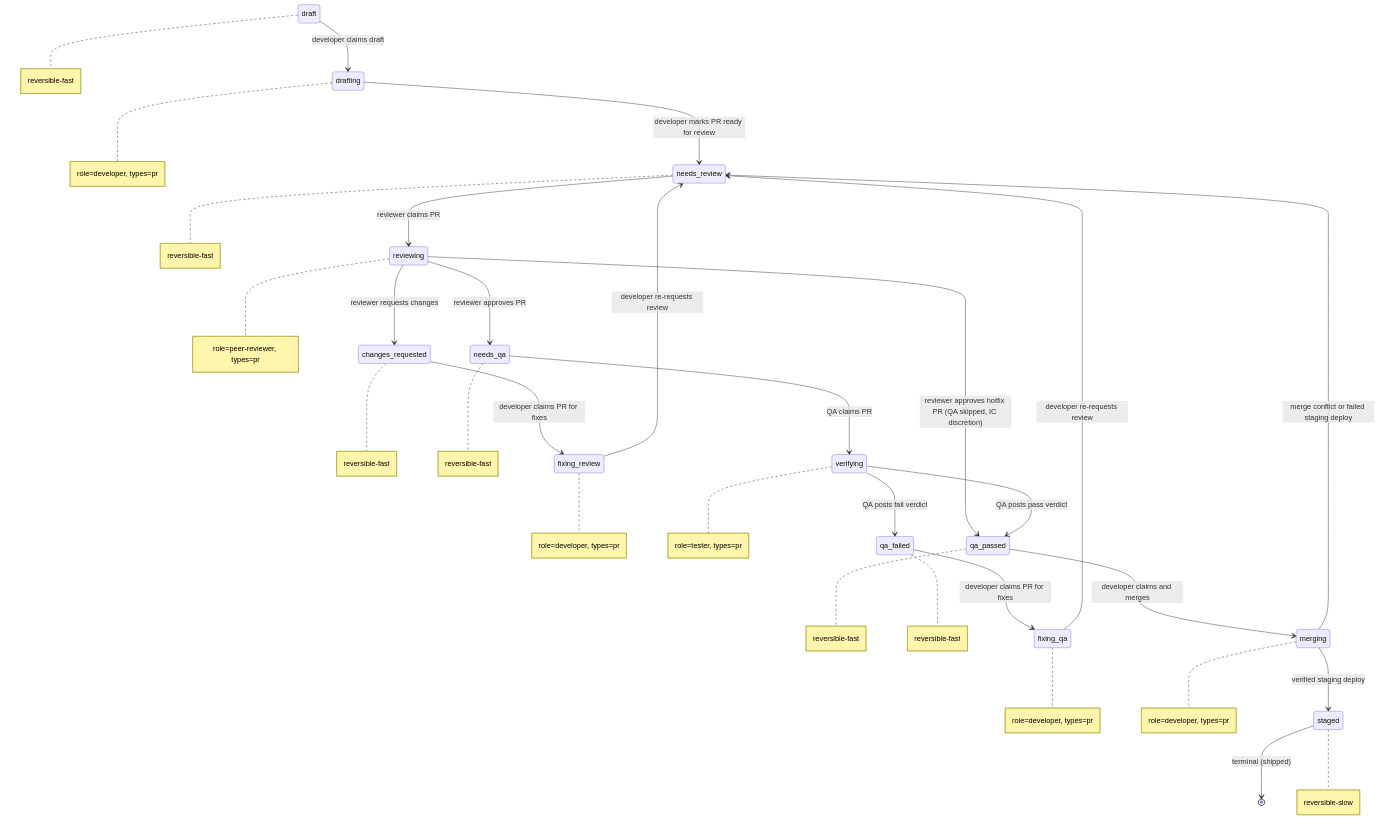
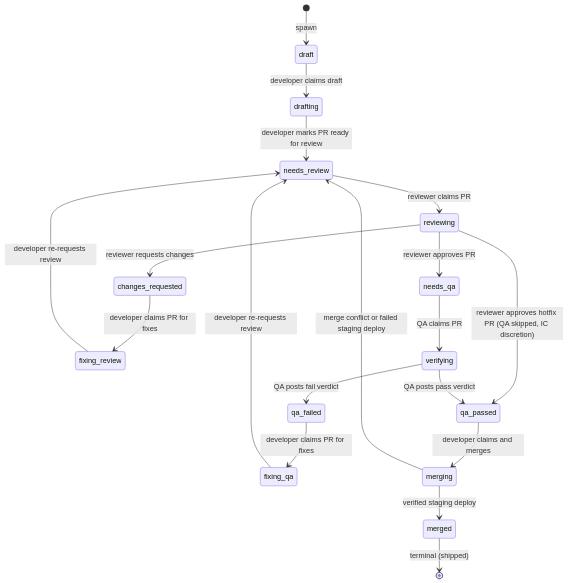
The diagram in examples/workflows/pr-states.mermaid (blemees/blemees-workflow), drawn with Mermaid before and after one commit. The commit also changed 51 other files, not shown here.

```diff
--- a/examples/workflows/pr-states.mermaid
+++ b/examples/workflows/pr-states.mermaid
@@ -1,32 +1,20 @@
 stateDiagram-v2
+    direction TB
     draft --> drafting: developer claims draft
     drafting --> needs_review: developer marks PR ready for review
     needs_review --> reviewing: reviewer claims PR
     reviewing --> needs_qa: reviewer approves PR
     reviewing --> qa_passed: reviewer approves hotfix PR (QA skipped, IC discretion)
     reviewing --> changes_requested: reviewer requests changes
     changes_requested --> fixing_review: developer claims PR for fixes
     fixing_review --> needs_review: developer re-requests review
     needs_qa --> verifying: QA claims PR
     verifying --> qa_passed: QA posts pass verdict
     verifying --> qa_failed: QA posts fail verdict
     qa_failed --> fixing_qa: developer claims PR for fixes
     fixing_qa --> needs_review: developer re-requests review
     qa_passed --> merging: developer claims and merges
-    merging --> staged: verified staging deploy
+    merging --> merged: verified staging deploy
     merging --> needs_review: merge conflict or failed staging deploy
-    staged --> [*]: terminal (shipped)
-
-    note right of draft: reversible-fast
-    note right of drafting: role=developer, types=pr
-    note right of needs_review: reversible-fast
-    note right of reviewing: role=peer-reviewer, types=pr
-    note right of changes_requested: reversible-fast
-    note right of fixing_review: role=developer, types=pr
-    note right of needs_qa: reversible-fast
-    note right of verifying: role=tester, types=pr
-    note right of qa_passed: reversible-fast
-    note right of qa_failed: reversible-fast
-    note right of fixing_qa: role=developer, types=pr
-    note right of merging: role=developer, types=pr
-    note right of staged: reversible-slow
+    merged --> [*]: terminal (shipped)
+    [*] --> draft: spawn
```
